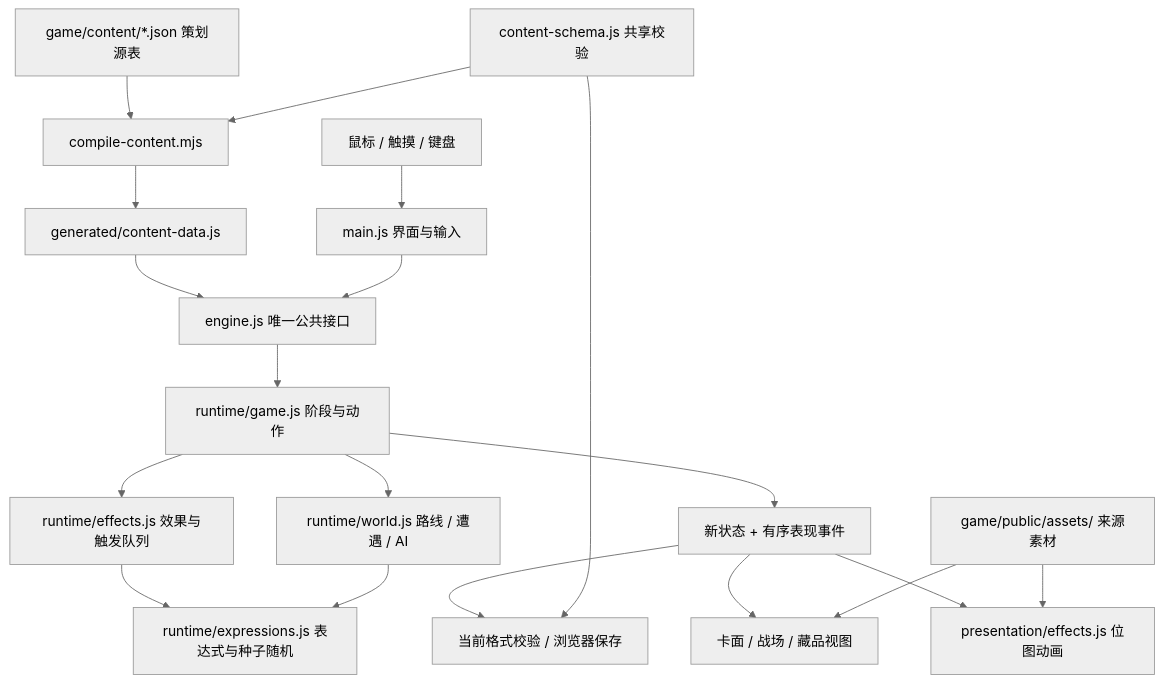
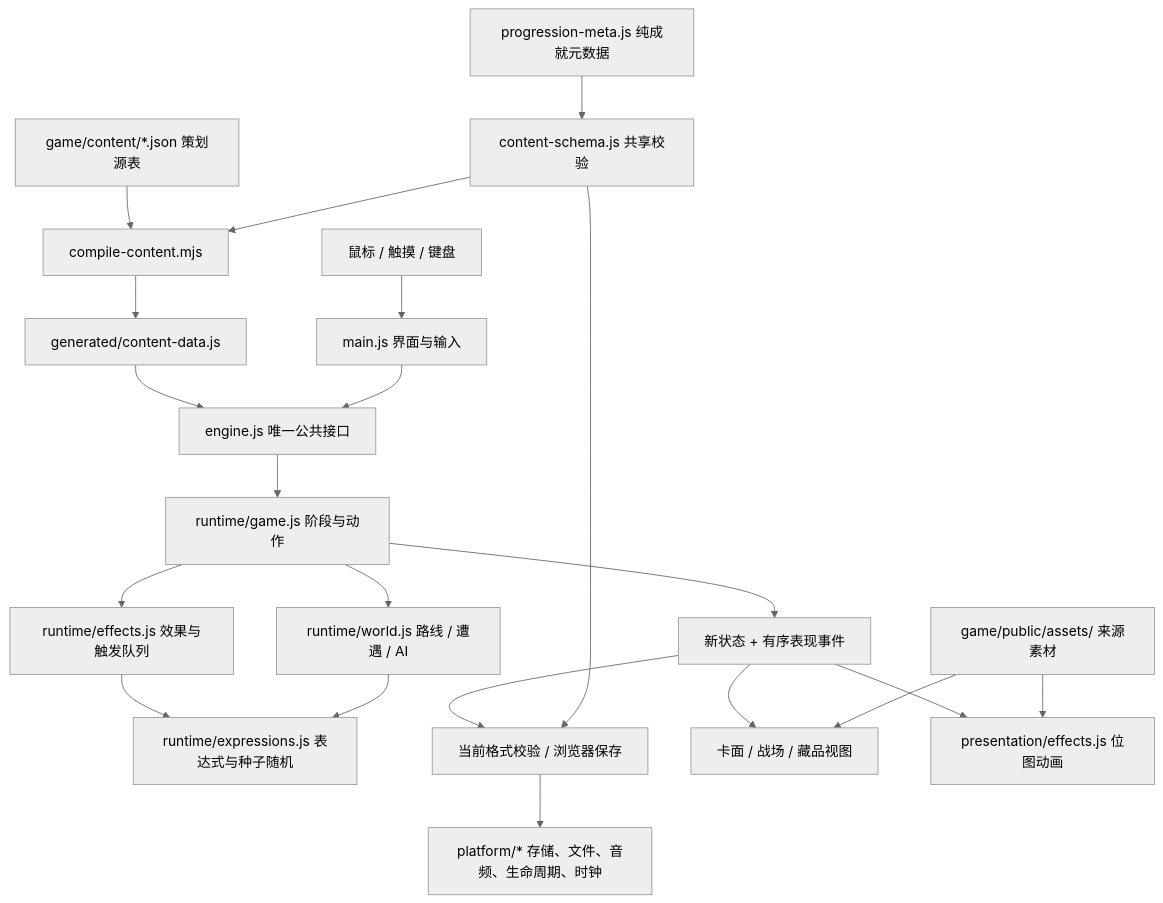
The diagram in docs/ARCHITECTURE-V05.md (18668612396/Ghost-Ledger), drawn with Mermaid (neutral theme) before and after one commit. The commit also changed other lines of this file and 103 other files, not shown here.

````diff
--- a/docs/ARCHITECTURE-V05.md
+++ b/docs/ARCHITECTURE-V05.md
@@ -17,21 +17,23 @@
 ```mermaid
 flowchart TD
   Tables["game/content/*.json 策划源表"] --> Compiler["compile-content.mjs"]
   Schema["content-schema.js 共享校验"] --> Compiler
+  Meta["progression-meta.js 纯成就元数据"] --> Schema
   Compiler --> Generated["generated/content-data.js"]
   Generated --> API["engine.js 唯一公共接口"]
   Input["鼠标 / 触摸 / 键盘"] --> UI["main.js 界面与输入"]
   UI --> API
   API --> Game["runtime/game.js 阶段与动作"]
   Game --> World["runtime/world.js 路线 / 遭遇 / AI"]
   Game --> Effects["runtime/effects.js 效果与触发队列"]
   Effects --> Expressions["runtime/expressions.js 表达式与种子随机"]
   World --> Expressions
   Game --> Result["新状态 + 有序表现事件"]
   Result --> Save["当前格式校验 / 浏览器保存"]
+  Save --> Platform["platform/* 存储、文件、音频、生命周期、时钟"]
   Result --> Views["卡面 / 战场 / 藏品视图"]
   Result --> FX["presentation/effects.js 位图动画"]
   Assets["game/public/assets/ 来源素材"] --> Views
   Assets --> FX
   Schema --> Save
 ```
````
